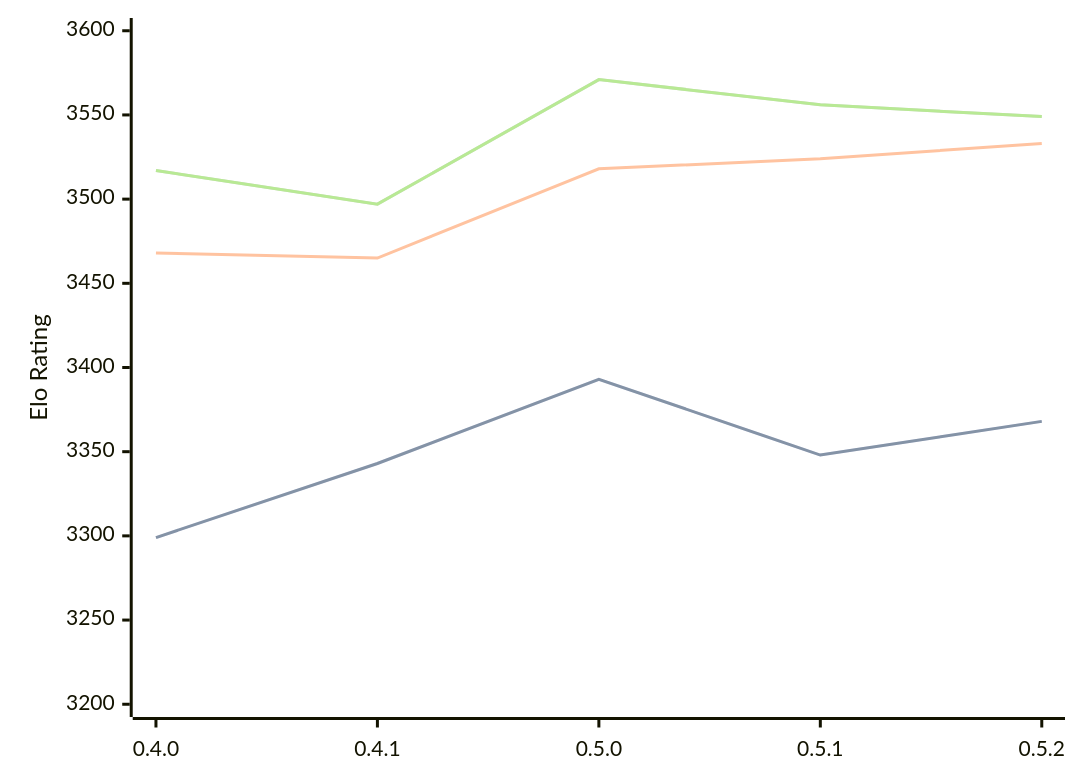
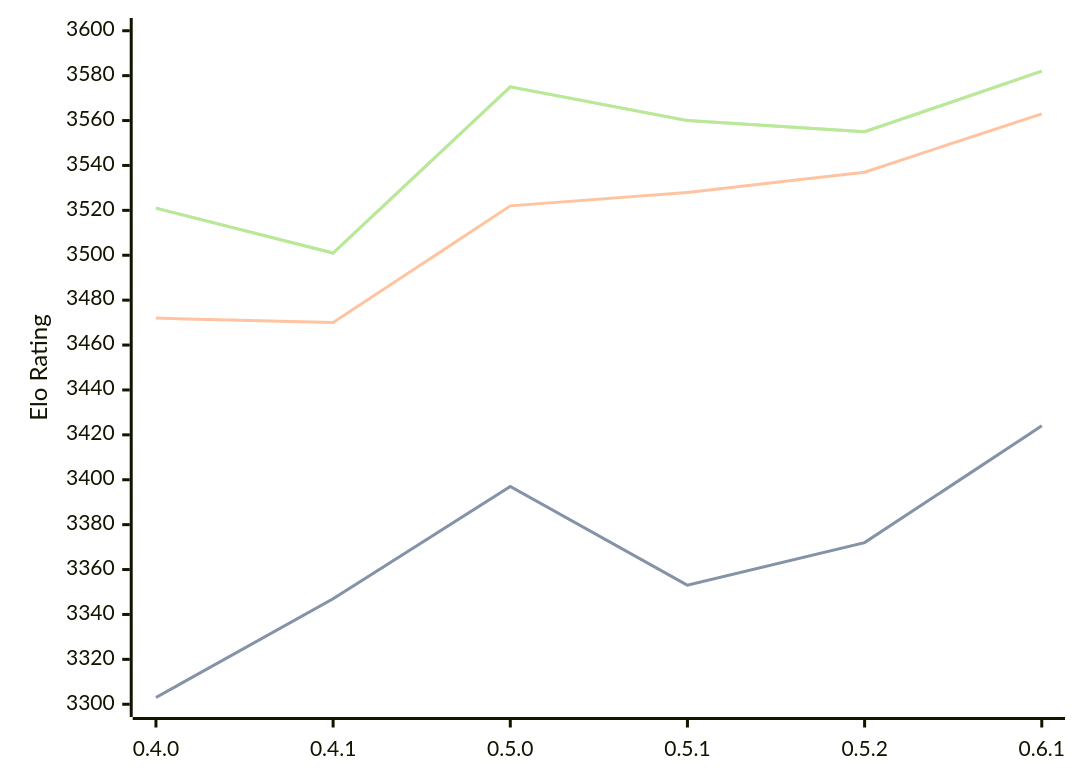
The diagram in engines/Cinder.md (computer-chess-index/cci), drawn with Mermaid before and after one commit. The commit also changed other lines of this file, not shown here.

Commit message:
Update CCI Ratings (ELO VLTC) - 2026-08-18

````diff
--- a/engines/Cinder.md
+++ b/engines/Cinder.md
@@ -36,11 +37,11 @@
 ```mermaid
 %%{init: {"theme":"base","themeVariables":{"seriesColors:['#a3a3a3','#222221','#faa371']}}}%%
 xychart-beta
-  x-axis ["0.4.0", "0.4.1", "0.5.0", "0.5.1", "0.5.2"]
-  y-axis "Elo Rating" 3200 --> 3600
-  line "STC (8.0+0.08s)" [3299, 3343, 3393, 3348, 3368]
-  line "STC (8.0+0.08s)" [3299, 3343, 3393, 3348, 3368]
-  line "LTC (60.0+0.60s)" [3468, 3465, 3518, 3524, 3533]
-  line "VLTC (2m24s+1.12s)" [3517, 3497, 3571, 3556, 3549]
-  line "VLTC (2m24s+1.12s)" [3517, 3497, 3571, 3556, 3549]
+  x-axis ["0.4.0", "0.4.1", "0.5.0", "0.5.1", "0.5.2", "0.6.1"]
+  y-axis "Elo Rating" 3300 --> 3600
+  line "STC (8.0+0.08s)" [3303, 3347, 3397, 3353, 3372, 3424]
+  line "STC (8.0+0.08s)" [3303, 3347, 3397, 3353, 3372, 3424]
+  line "LTC (60.0+0.60s)" [3472, 3470, 3522, 3528, 3537, 3563]
+  line "VLTC (2m24s+1.12s)" [3521, 3501, 3575, 3560, 3555, 3582]
+  line "VLTC (2m24s+1.12s)" [3521, 3501, 3575, 3560, 3555, 3582]
 ```
````
